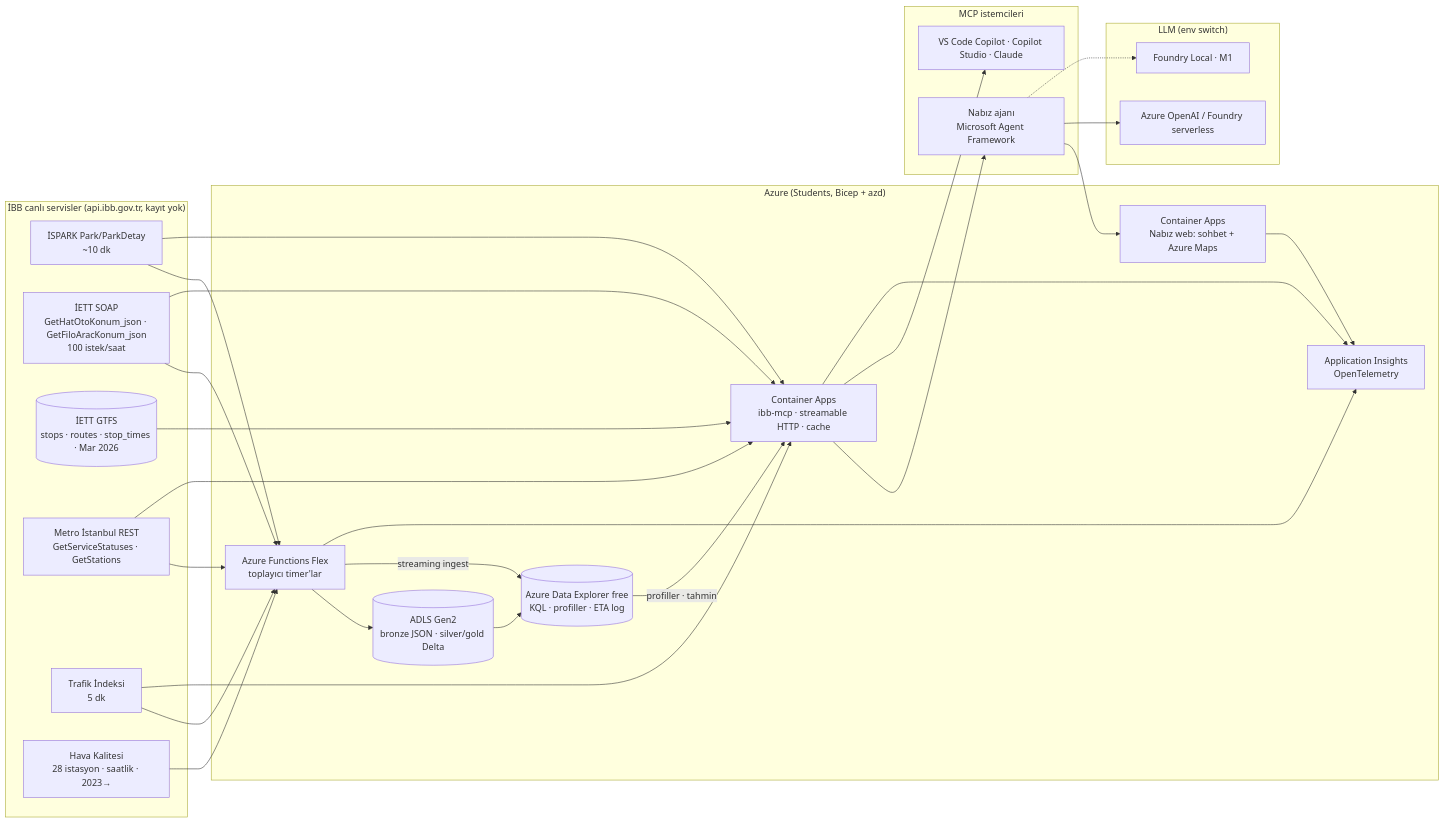
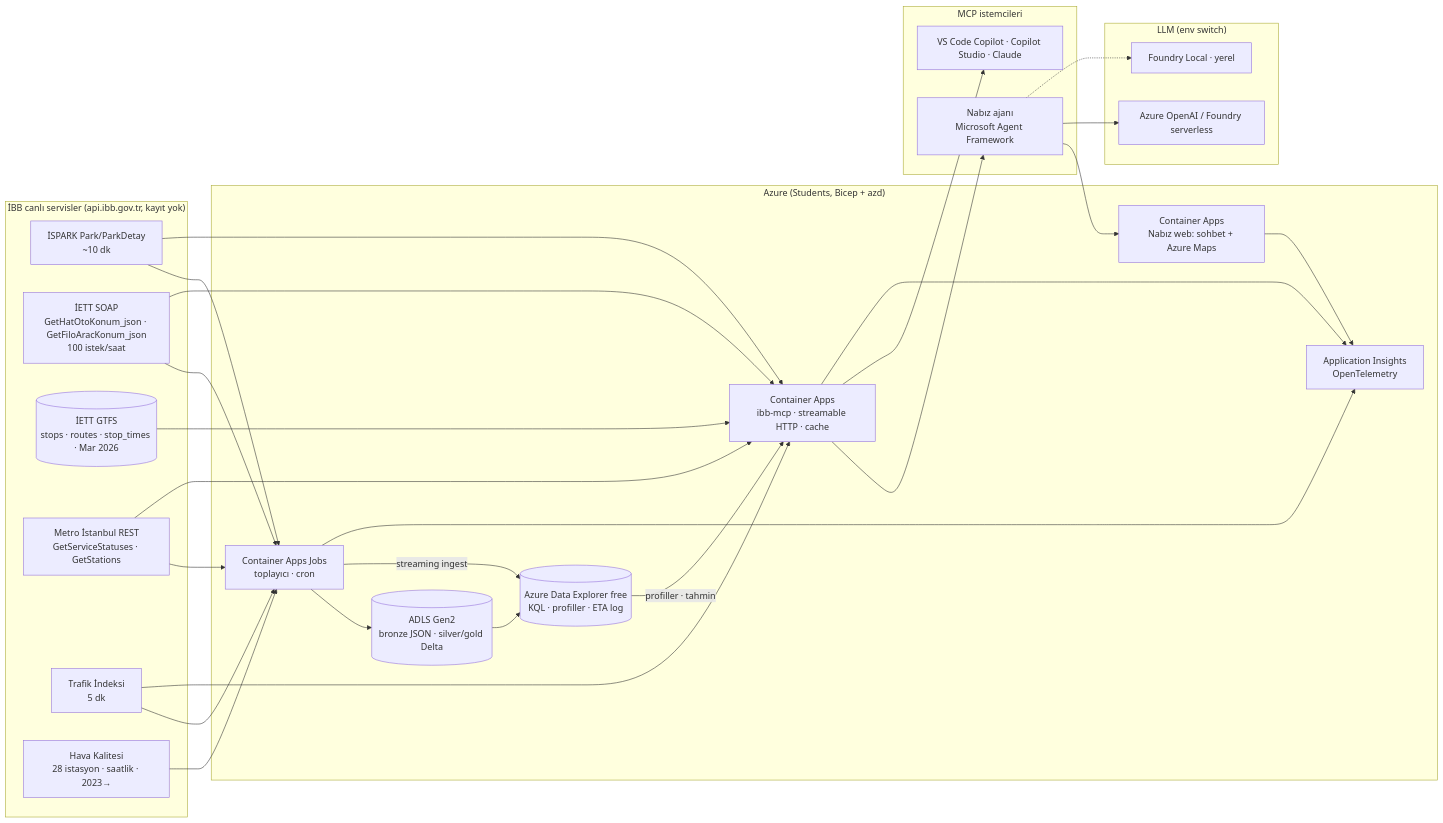
The diagram in PLAN.md (muratcan-ates/istanbul-nabiz), drawn with Mermaid before and after one commit. The commit also changed other lines of this file and 2 other files, not shown here.

````diff
--- a/PLAN.md
+++ b/PLAN.md
@@ -56,37 +114,37 @@
 ```mermaid
 flowchart LR
   subgraph IBB["İBB canlı servisler (api.ibb.gov.tr, kayıt yok)"]
     P[İSPARK Park/ParkDetay<br/>~10 dk]
     B[İETT SOAP<br/>GetHatOtoKonum_json · GetFiloAracKonum_json<br/>100 istek/saat]
     G[(İETT GTFS<br/>stops · routes · stop_times · Mar 2026)]
     M[Metro İstanbul REST<br/>GetServiceStatuses · GetStations]
     T[Trafik İndeksi<br/>5 dk]
     AQ[Hava Kalitesi<br/>28 istasyon · saatlik · 2023→]
   end
   subgraph AZ["Azure (Students, Bicep + azd)"]
-    F[Azure Functions Flex<br/>toplayıcı timer'lar]
+    F[Container Apps Jobs<br/>toplayıcı · cron]
     L[(ADLS Gen2<br/>bronze JSON · silver/gold Delta)]
     K[(Azure Data Explorer free<br/>KQL · profiller · ETA log)]
     MCP[Container Apps<br/>ibb-mcp · streamable HTTP · cache]
     UI[Container Apps<br/>Nabız web: sohbet + Azure Maps]
     AI[Application Insights<br/>OpenTelemetry]
   end
   subgraph CL["MCP istemcileri"]
     AG[Nabız ajanı<br/>Microsoft Agent Framework]
     VS[VS Code Copilot · Copilot Studio · Claude]
   end
   subgraph LLM["LLM (env switch)"]
     AO[Azure OpenAI / Foundry serverless]
-    FL[Foundry Local · M1]
+    FL[Foundry Local · yerel]
   end
   P & B & M & T & AQ --> F --> L --> K
   F -->|streaming ingest| K
   P & B & M & T --> MCP
   G --> MCP
   K -->|profiller · tahmin| MCP
   MCP --> AG & VS
   AG --> UI
   AG --> AO
   AG -.-> FL
   F & MCP & UI --> AI
 ```
````
